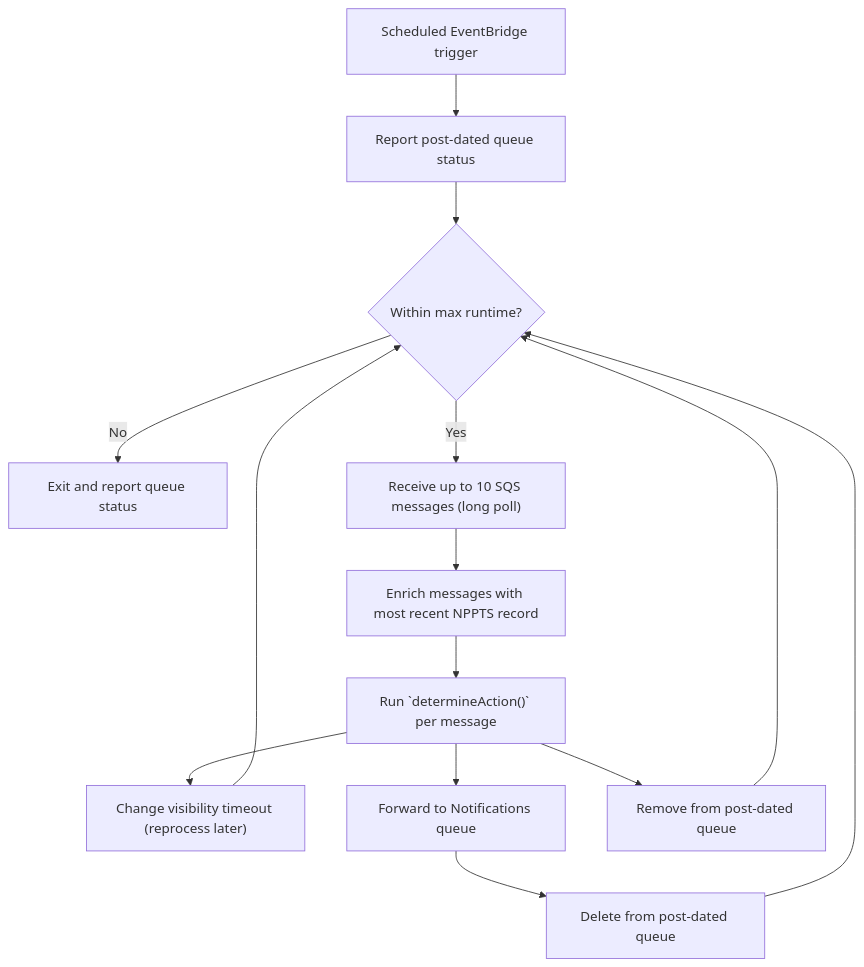
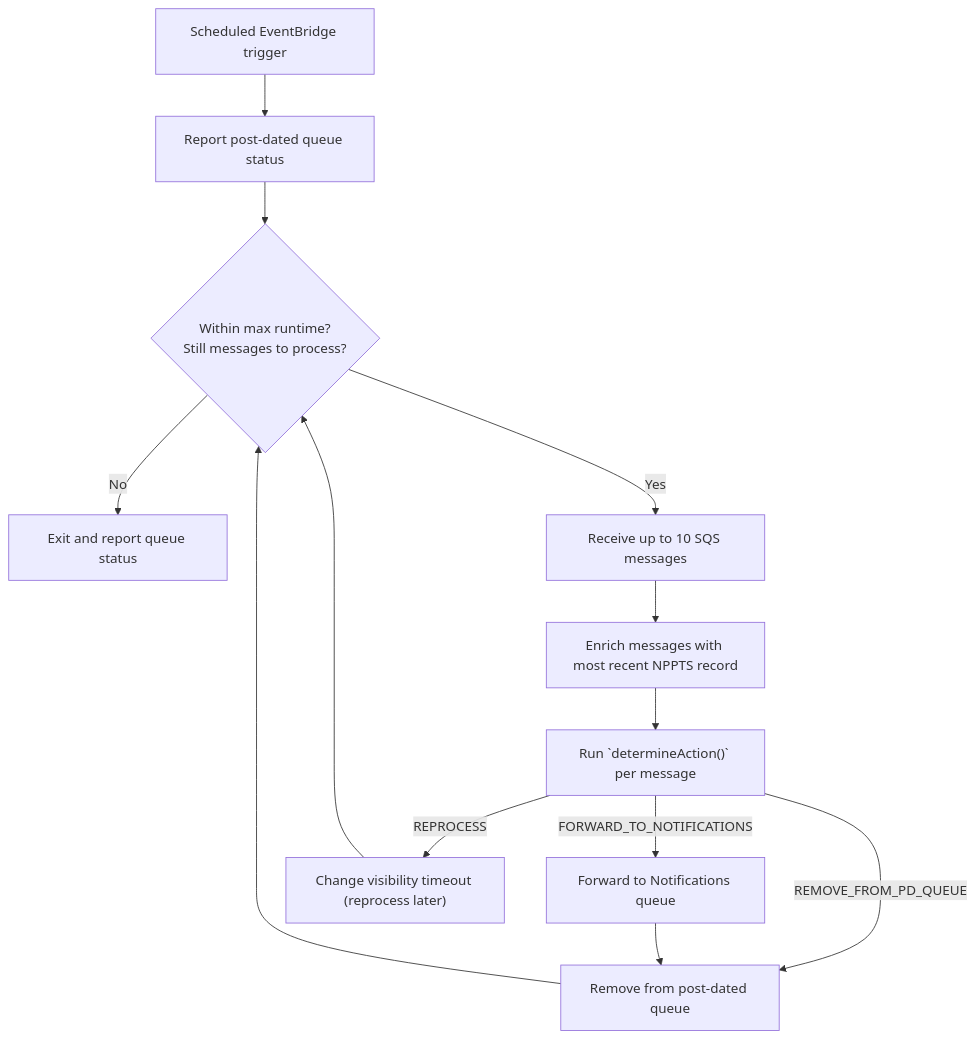
Before and after one commit to NHSDigital/eps-prescription-status-update-api: the first of 2 diagrams in packages/postDatedLambda/docs/mature_prescription_check.md, drawn with Mermaid.

Commit message:
Update mermaid again

````diff
--- a/packages/postDatedLambda/docs/mature_prescription_check.md
+++ b/packages/postDatedLambda/docs/mature_prescription_check.md
@@ -4,16 +4,15 @@
 ```mermaid
 flowchart TB
   START["Scheduled EventBridge trigger"] --> REPORT["Report post-dated queue status"]
-  REPORT --> LOOP{"Within max runtime?"}
+  REPORT --> LOOP{"Within max runtime?<br>Still messages to process?"}
   LOOP -- No --> EXIT["Exit and report queue status"]
-  LOOP -- Yes --> RECV["Receive up to 10 SQS messages (long poll)"]
+  LOOP -- Yes --> RECV["Receive up to 10 SQS messages"]
   RECV --> ENRICH["Enrich messages with most recent NPPTS record"]
   ENRICH --> DETERMINE["Run `determineAction()` per message"]
-  DETERMINE --> REPROCESS["Change visibility timeout (reprocess later)"]
-  DETERMINE --> FORWARD["Forward to Notifications queue"]
-  DETERMINE --> REMOVE["Remove from post-dated queue"]
-  FORWARD --> DELETE["Delete from post-dated queue"]
+  DETERMINE -- FORWARD_TO_NOTIFICATIONS --> FORWARD["Forward to Notifications queue"]
+  DETERMINE -- REPROCESS --> REPROCESS["Change visibility timeout (reprocess later)"]
+  DETERMINE -- REMOVE_FROM_PD_QUEUE --> REMOVE["Remove from post-dated queue"]
+  FORWARD --> REMOVE
   REPROCESS --> LOOP
   REMOVE --> LOOP
-  DELETE --> LOOP
 ```
````
